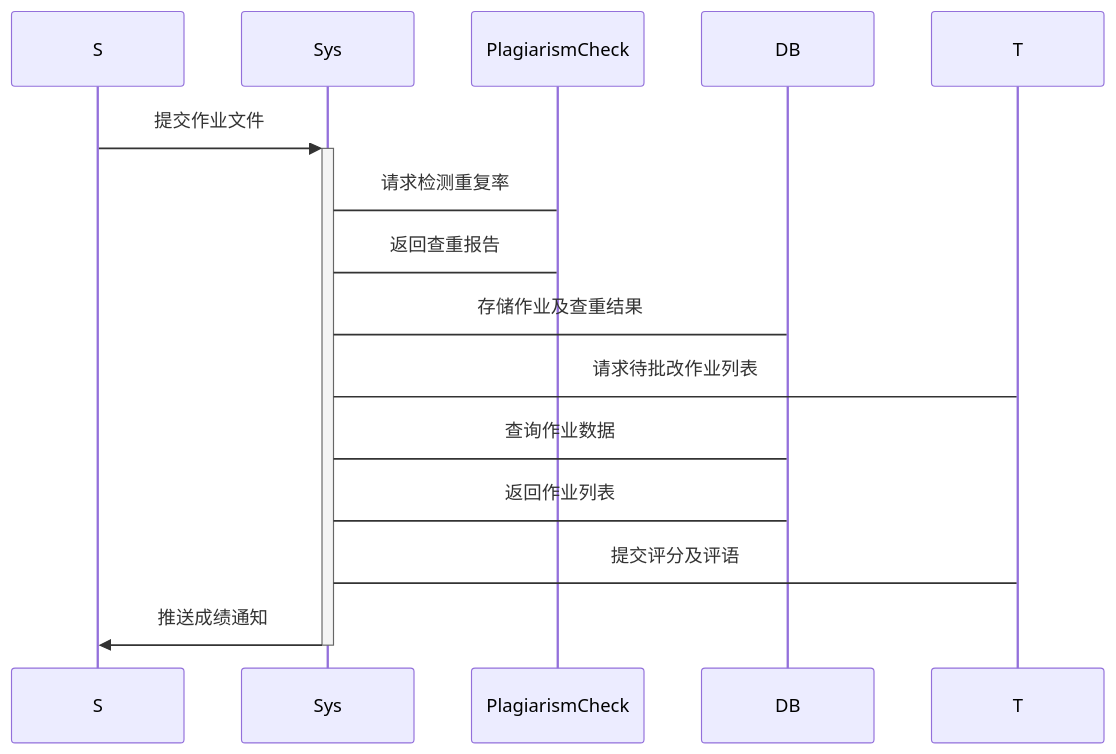
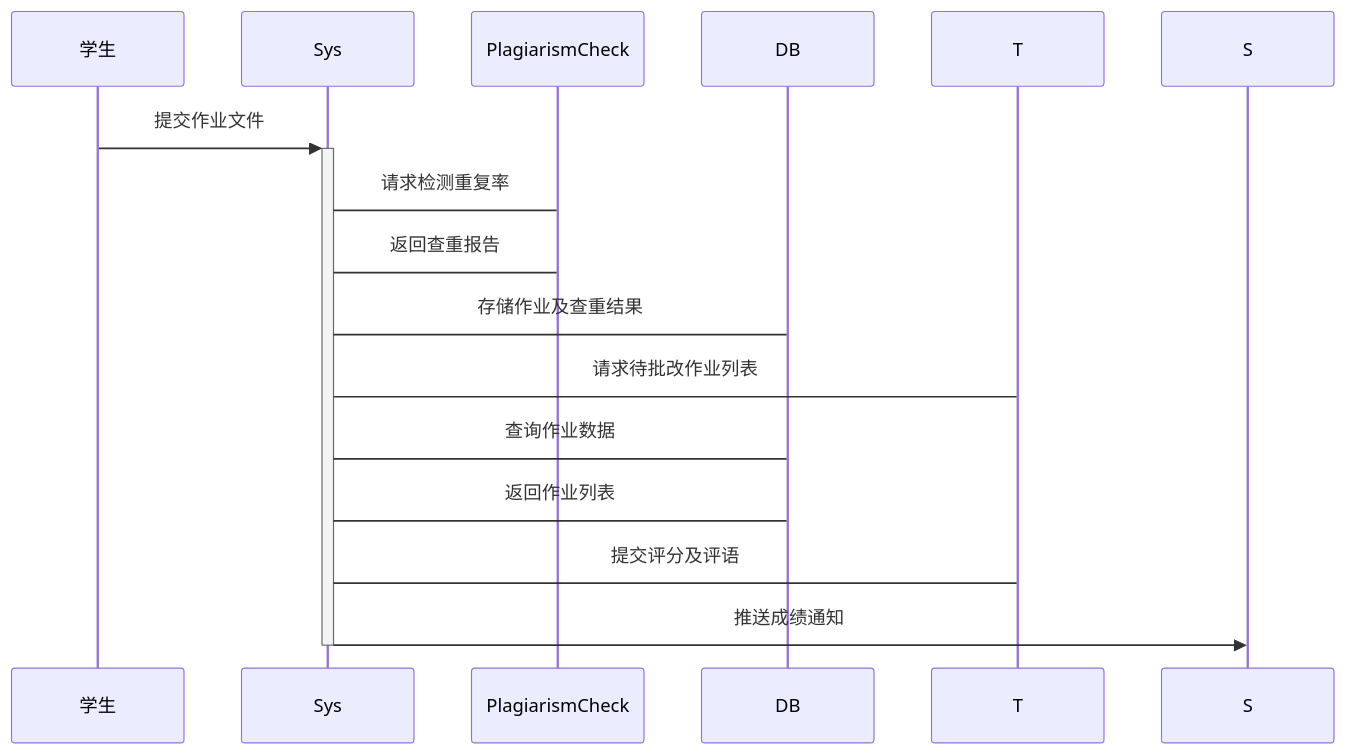
Before and after one commit to YOAyes/iodraw-files: the diagram in all/未命名-1.md, drawn with Mermaid.

Commit message:
2025-05-08 20:01:13 update

````diff
--- a/all/未命名-1.md
+++ b/all/未命名-1.md
@@ -1,13 +1,13 @@
 ```mermaid
 sequenceDiagram
-S ->>+ Sys: 提交作业文件
+学生 ->>+ Sys: 提交作业文件
 Sys -> PlagiarismCheck: 请求检测重复率
 PlagiarismCheck -> Sys: 返回查重报告
 Sys -> DB: 存储作业及查重结果
 T -> Sys: 请求待批改作业列表
 Sys -> DB: 查询作业数据
 DB -> Sys: 返回作业列表
 T -> Sys: 提交评分及评语
 Sys ->>- S: 推送成绩通知
 
 ```
````
